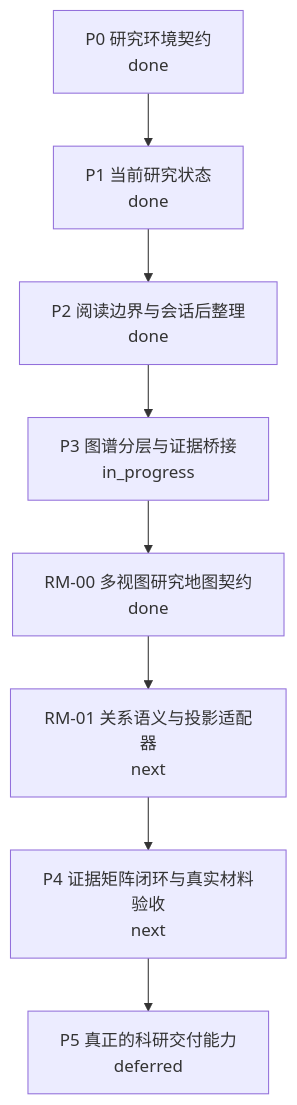
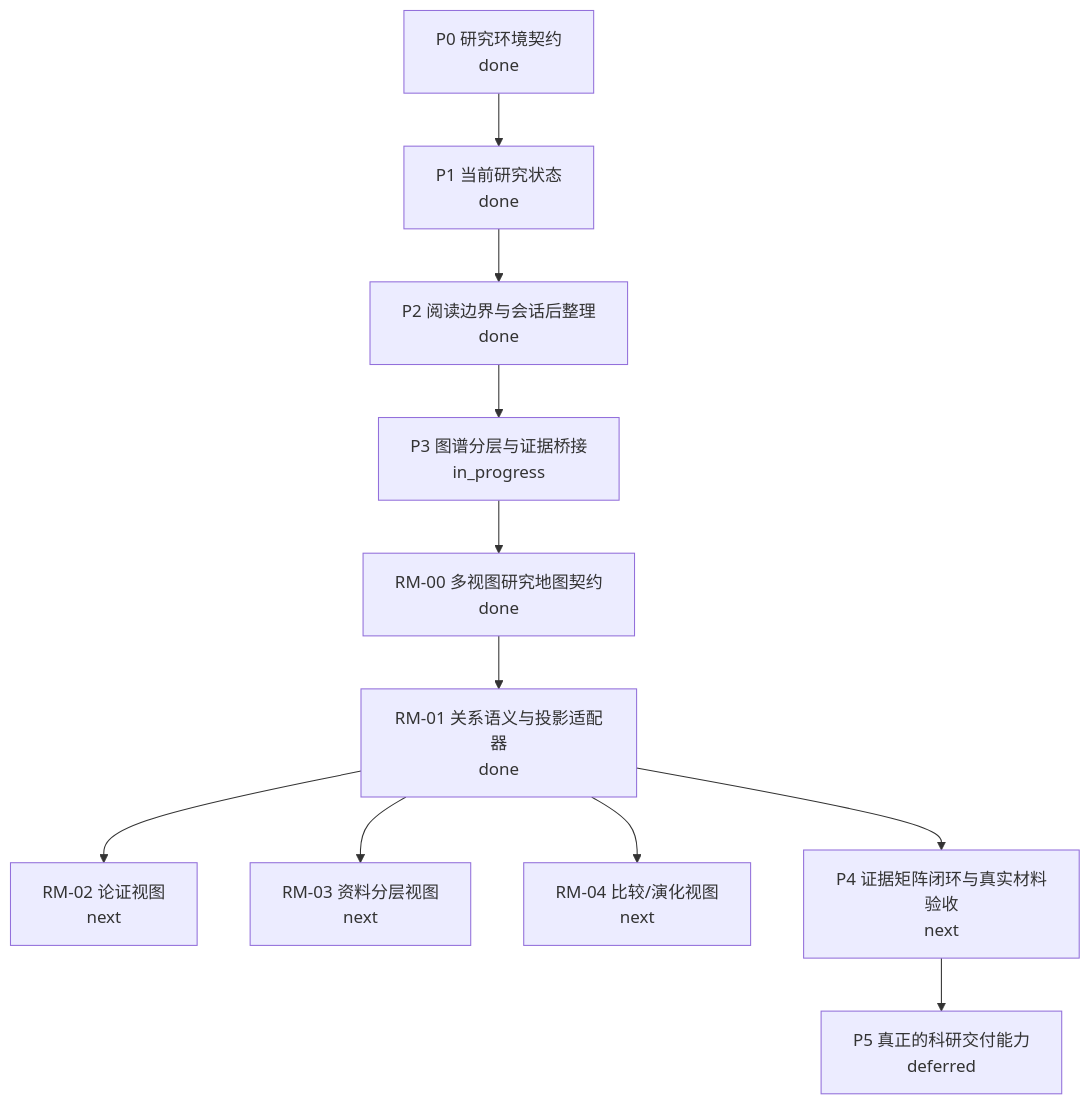
The second of 3 diagrams in docs/GRAPH_ENGINEERING.md (XXY-CH/Cognoscope), drawn with Mermaid before and after one commit. The commit also changed other lines of this file and 10 other files, not shown here.

````diff
--- a/docs/GRAPH_ENGINEERING.md
+++ b/docs/GRAPH_ENGINEERING.md
@@ -85,10 +88,13 @@
 ```mermaid
 flowchart TD
   P0["P0 研究环境契约\ndone"] --> P1["P1 当前研究状态\ndone"]
   P1 --> P2["P2 阅读边界与会话后整理\ndone"]
   P2 --> P3["P3 图谱分层与证据桥接\nin_progress"]
   P3 --> RM0["RM-00 多视图研究地图契约\ndone"]
-  RM0 --> RM1["RM-01 关系语义与投影适配器\nnext"]
+  RM0 --> RM1["RM-01 关系语义与投影适配器\ndone"]
+  RM1 --> RM2["RM-02 论证视图\nnext"]
+  RM1 --> RM3["RM-03 资料分层视图\nnext"]
+  RM1 --> RM4["RM-04 比较/演化视图\nnext"]
   RM1 --> P4["P4 证据矩阵闭环与真实材料验收\nnext"]
   P4 --> P5["P5 真正的科研交付能力\ndeferred"]
 ```
````
